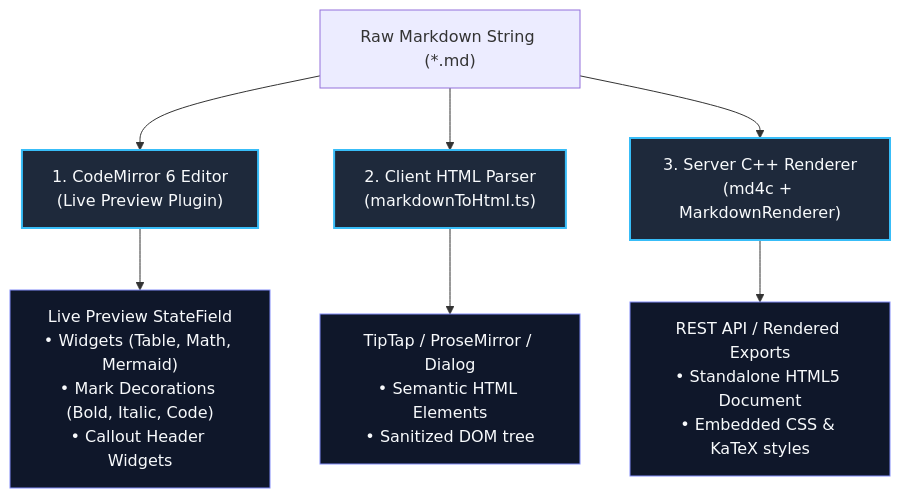
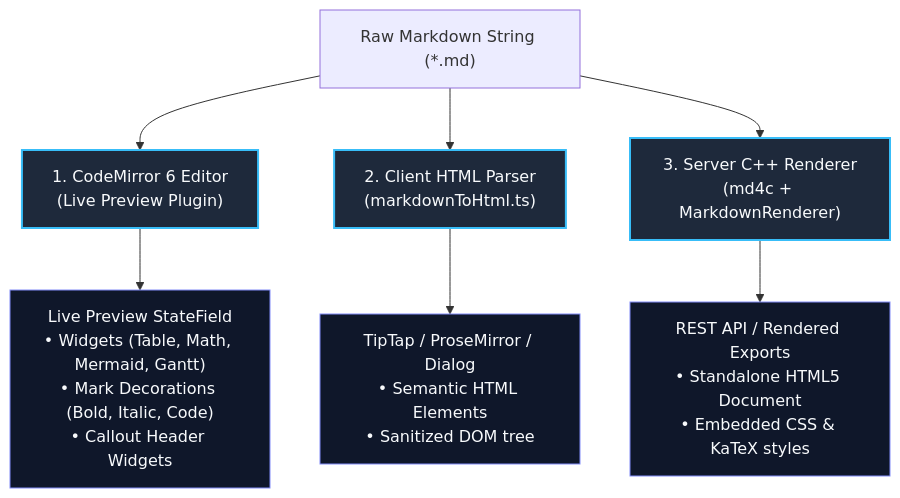
One commit to paulo-casanova/collaborative-markdown-editor changed the diagram in docs/Markdown.md. Above: the diagram before and after it, drawn with Mermaid. The commit also changed other lines of this file and 1 other file, not shown here.

Commit message:
docs: update Markdown.md and Architecture.md with Gantt charts and document checkouts

````diff
--- a/docs/Markdown.md
+++ b/docs/Markdown.md
@@ -383,16 +472,16 @@
 ```mermaid
 flowchart TD
     Raw["Raw Markdown String (*.md)"] --> CM6["1. CodeMirror 6 Editor<br/>(Live Preview Plugin)"]
     Raw --> HTML["2. Client HTML Parser<br/>(markdownToHtml.ts)"]
     Raw --> SSR["3. Server C++ Renderer<br/>(md4c + MarkdownRenderer)"]
 
-    CM6 --> Decos["Live Preview StateField<br/>• Widgets (Table, Math, Mermaid)<br/>• Mark Decorations (Bold, Italic, Code)<br/>• Callout Header Widgets"]
+    CM6 --> Decos["Live Preview StateField<br/>• Widgets (Table, Math, Mermaid, Gantt)<br/>• Mark Decorations (Bold, Italic, Code)<br/>• Callout Header Widgets"]
     HTML --> DOM["TipTap / ProseMirror / Dialog<br/>• Semantic HTML Elements<br/>• Sanitized DOM tree"]
     SSR --> Static["REST API / Rendered Exports<br/>• Standalone HTML5 Document<br/>• Embedded CSS & KaTeX styles"]
 
     classDef stage fill:#1e293b,stroke:#38bdf8,stroke-width:2px,color:#f8fafc;
     classDef output fill:#0f172a,stroke:#818cf8,stroke-width:1px,color:#f8fafc;
 
     class CM6,HTML,SSR stage;
     class Decos,DOM,Static output;
 ```
````
